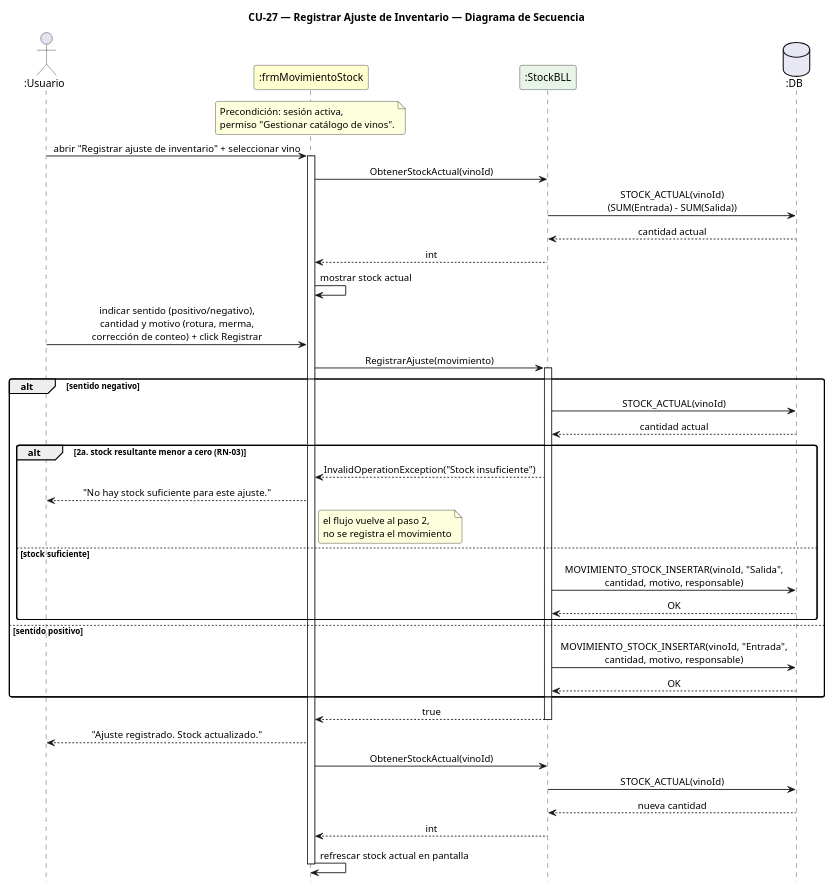
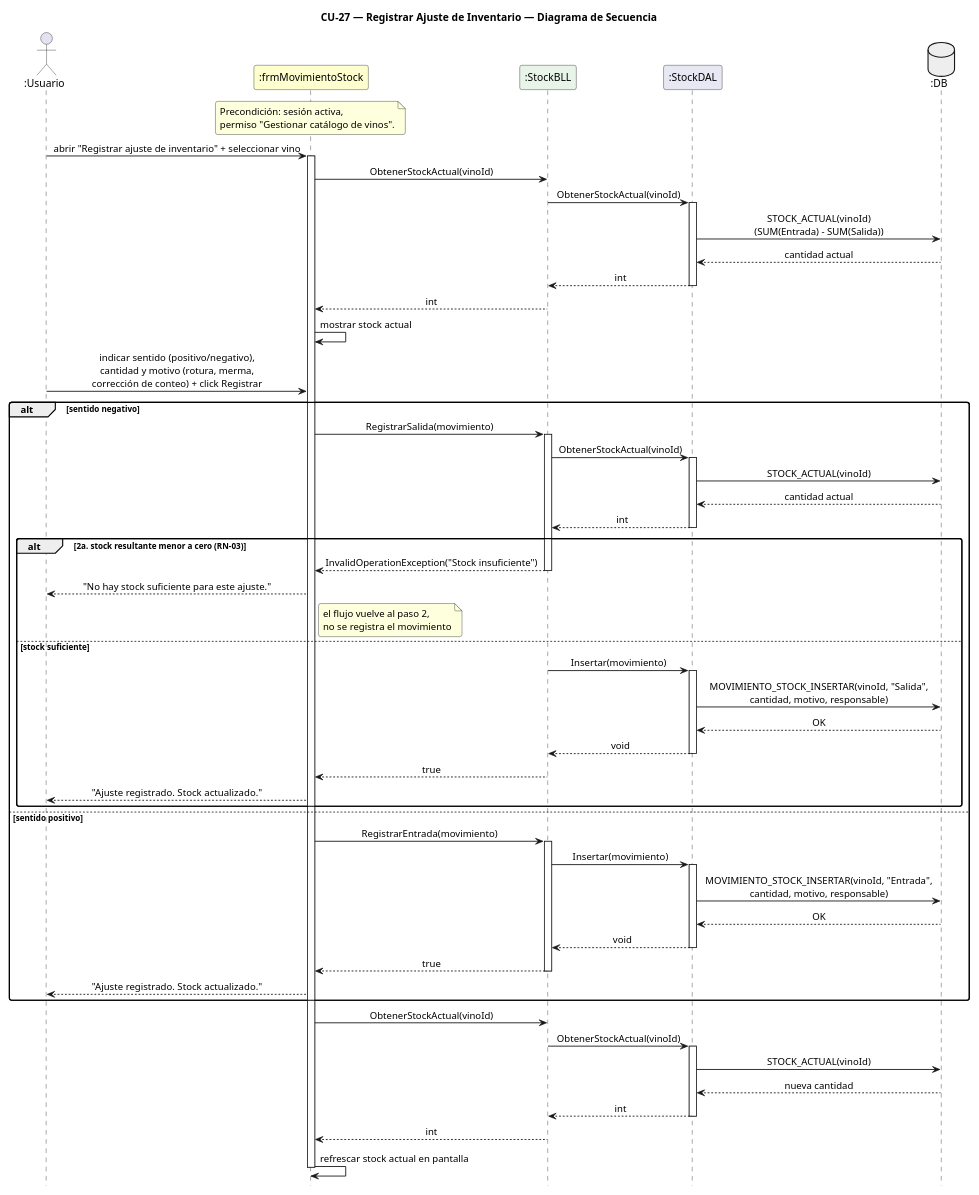
Before and after one commit to Jesifu/club-de-vinos-td: the diagram in DIAGRAMAS/DiagramaSecuencia_CU27_RegistrarAjusteInventario.puml, drawn with PlantUML. The commit also changed 17 other files, not shown here.

First line of the commit message:
docs: split alta/descontinuacion CU diagrams into CU21-27 and add CU27

```diff
--- a/DIAGRAMAS/DiagramaSecuencia_CU27_RegistrarAjusteInventario.puml
+++ b/DIAGRAMAS/DiagramaSecuencia_CU27_RegistrarAjusteInventario.puml
@@ -1,61 +1,87 @@
 @startuml DiagramaSecuencia_CU27_RegistrarAjusteInventario
 
 title CU-27 — Registrar Ajuste de Inventario — Diagrama de Secuencia
 
 skinparam shadowing false
 skinparam roundcorner 6
 skinparam sequenceArrowThickness 1.2
 skinparam sequenceMessageAlign center
 hide footbox
 scale 0.8
 
 actor       ":Usuario"            as U
 participant ":frmMovimientoStock" as FM #FEFECE
 participant ":StockBLL"           as SB #E8F4E8
-database    ":DB"                 as DB #E8E8F4
+participant ":StockDAL"           as SD #E8E8F4
+database    ":DB"                 as DB #EEEEEE
 
 note over FM
   Precondición: sesión activa,
   permiso "Gestionar catálogo de vinos".
 end note
 
 U -> FM : abrir "Registrar ajuste de inventario" + seleccionar vino
 activate FM
 FM -> SB : ObtenerStockActual(vinoId)
-SB -> DB : STOCK_ACTUAL(vinoId)\n(SUM(Entrada) - SUM(Salida))
-DB --> SB : cantidad actual
+SB -> SD : ObtenerStockActual(vinoId)
+activate SD
+SD -> DB : STOCK_ACTUAL(vinoId)\n(SUM(Entrada) - SUM(Salida))
+DB --> SD : cantidad actual
+SD --> SB : int
+deactivate SD
 SB --> FM : int
 FM -> FM : mostrar stock actual
 
 U -> FM : indicar sentido (positivo/negativo),\ncantidad y motivo (rotura, merma,\ncorrección de conteo) + click Registrar
-FM -> SB : RegistrarAjuste(movimiento)
-activate SB
-
 alt sentido negativo
-  SB -> DB : STOCK_ACTUAL(vinoId)
-  DB --> SB : cantidad actual
+  FM -> SB : RegistrarSalida(movimiento)
+  activate SB
+  SB -> SD : ObtenerStockActual(vinoId)
+  activate SD
+  SD -> DB : STOCK_ACTUAL(vinoId)
+  DB --> SD : cantidad actual
+  SD --> SB : int
+  deactivate SD
 
   alt 2a. stock resultante menor a cero (RN-03)
     SB --> FM : InvalidOperationException("Stock insuficiente")
+    deactivate SB
     FM --> U : "No hay stock suficiente para este ajuste."
     note right of FM : el flujo vuelve al paso 2,\nno se registra el movimiento
   else stock suficiente
-    SB -> DB : MOVIMIENTO_STOCK_INSERTAR(vinoId, "Salida",\ncantidad, motivo, responsable)
-    DB --> SB : OK
+    SB -> SD : Insertar(movimiento)
+    activate SD
+    SD -> DB : MOVIMIENTO_STOCK_INSERTAR(vinoId, "Salida",\ncantidad, motivo, responsable)
+    DB --> SD : OK
+    SD --> SB : void
+    deactivate SD
+    SB --> FM : true
+    deactivate SB
+    FM --> U : "Ajuste registrado. Stock actualizado."
   end
 else sentido positivo
-  SB -> DB : MOVIMIENTO_STOCK_INSERTAR(vinoId, "Entrada",\ncantidad, motivo, responsable)
-  DB --> SB : OK
+  FM -> SB : RegistrarEntrada(movimiento)
+  activate SB
+  SB -> SD : Insertar(movimiento)
+  activate SD
+  SD -> DB : MOVIMIENTO_STOCK_INSERTAR(vinoId, "Entrada",\ncantidad, motivo, responsable)
+  DB --> SD : OK
+  SD --> SB : void
+  deactivate SD
+  SB --> FM : true
+  deactivate SB
+  FM --> U : "Ajuste registrado. Stock actualizado."
 end
 
-SB --> FM : true
-deactivate SB
-FM --> U : "Ajuste registrado. Stock actualizado."
 FM -> SB : ObtenerStockActual(vinoId)
-SB -> DB : STOCK_ACTUAL(vinoId)
-DB --> SB : nueva cantidad
+SB -> SD : ObtenerStockActual(vinoId)
+activate SD
+SD -> DB : STOCK_ACTUAL(vinoId)
+DB --> SD : nueva cantidad
+SD --> SB : int
+deactivate SD
 SB --> FM : int
 FM -> FM : refrescar stock actual en pantalla
 deactivate FM
 
 @enduml
```
